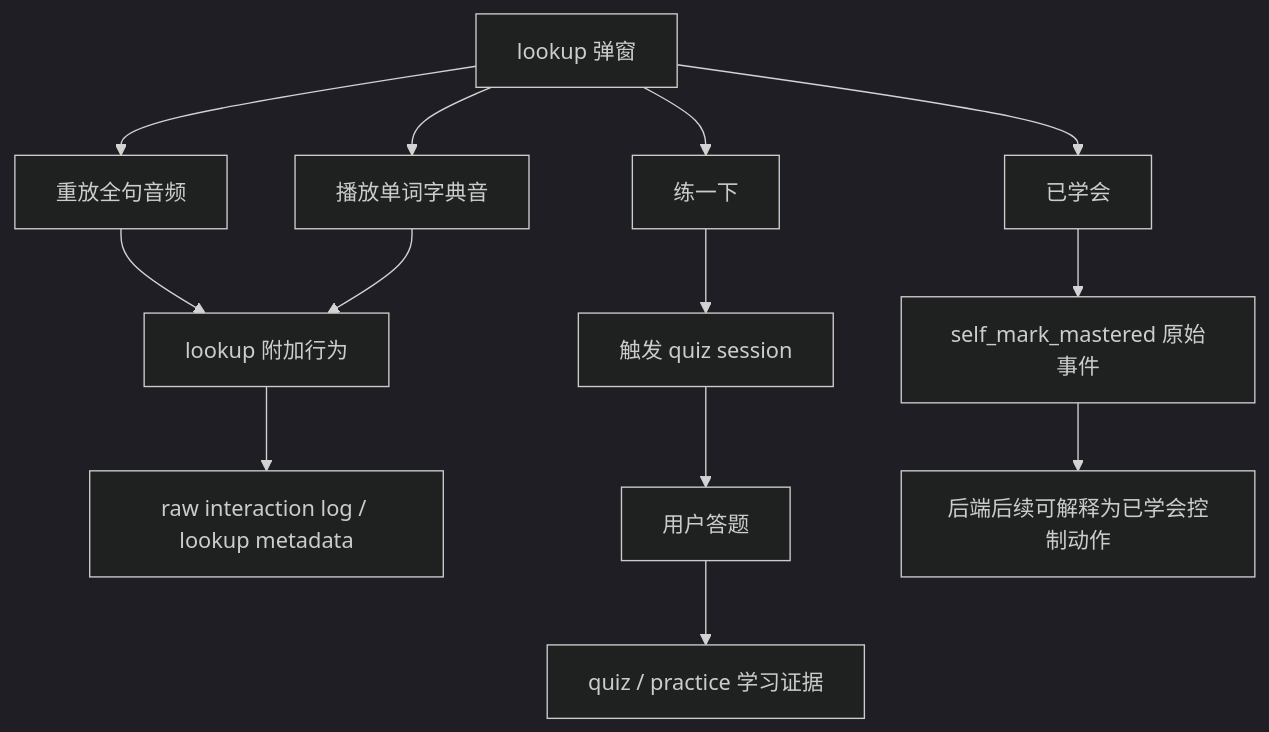
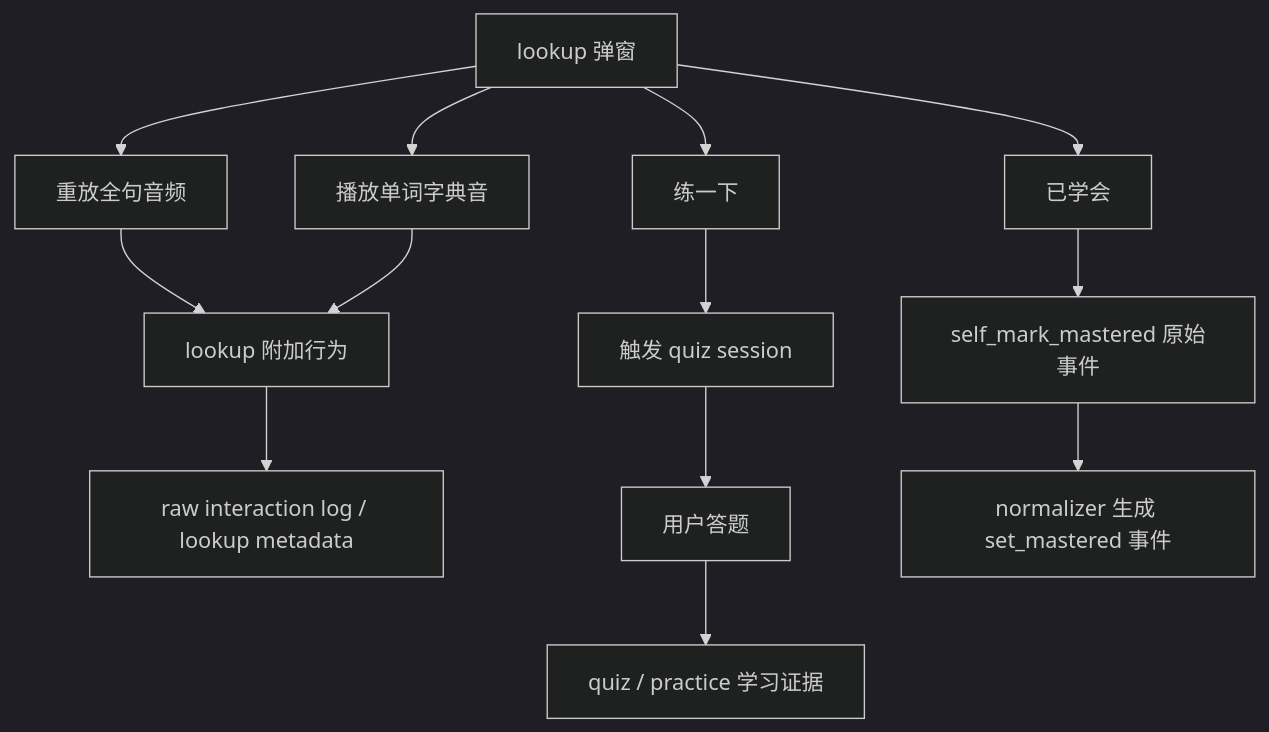
One commit to bionicotaku/learning-video-recommendation-system changed the ninth of 13 diagrams in docs/学习互动信号语义设计.md. Above: the diagram before and after it, drawn with Mermaid (dark theme). The commit also changed other lines of this file and 22 other files, not shown here.

````diff
--- a/docs/学习互动信号语义设计.md
+++ b/docs/学习互动信号语义设计.md
@@ -797,18 +797,18 @@
 ```mermaid
 flowchart TD
     A["lookup 弹窗"] --> B["重放全句音频"]
     A --> C["播放单词字典音"]
     A --> D["练一下"]
     A --> M["已学会"]
 
     B --> E["lookup 附加行为"]
     C --> E
     E --> F["raw interaction log / lookup metadata"]
 
     D --> G["触发 quiz session"]
     G --> H["用户答题"]
     H --> I["quiz / practice 学习证据"]
 
     M --> N["self_mark_mastered 原始事件"]
-    N --> O["后端后续可解释为已学会控制动作"]
+    N --> O["normalizer 生成 set_mastered 事件"]
 ```
````
